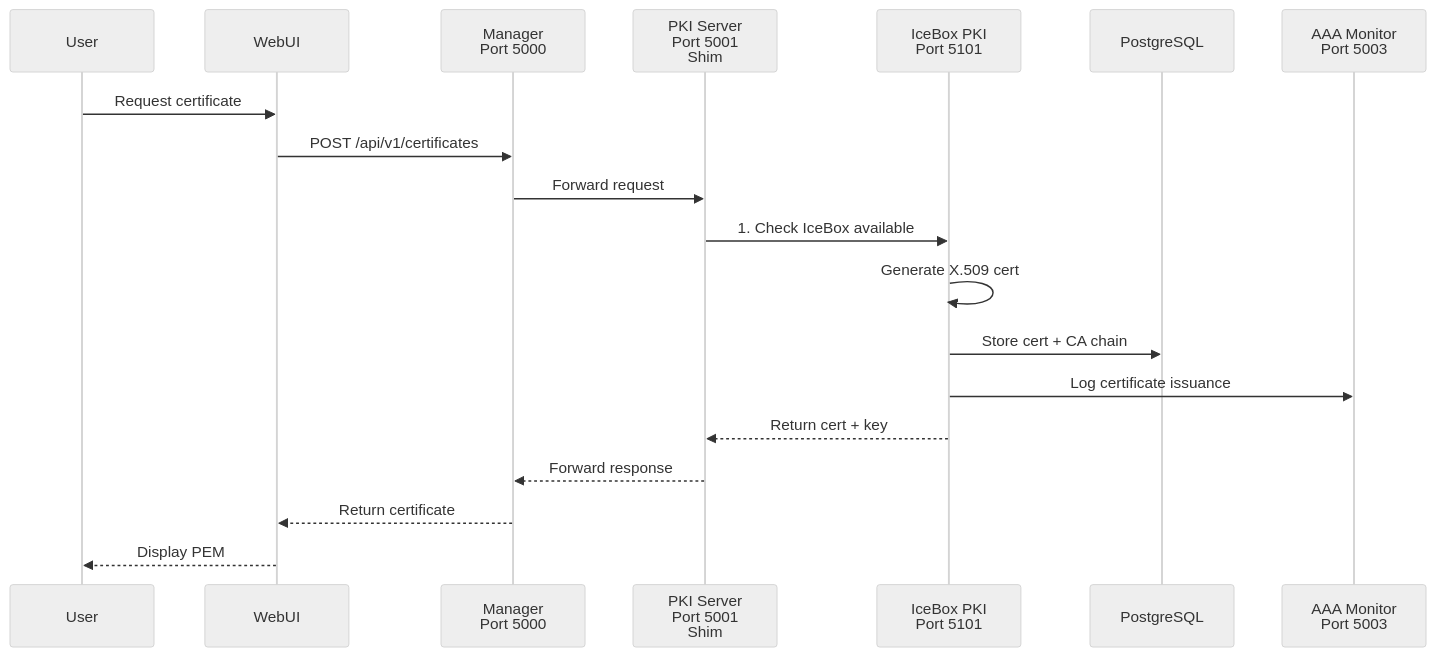
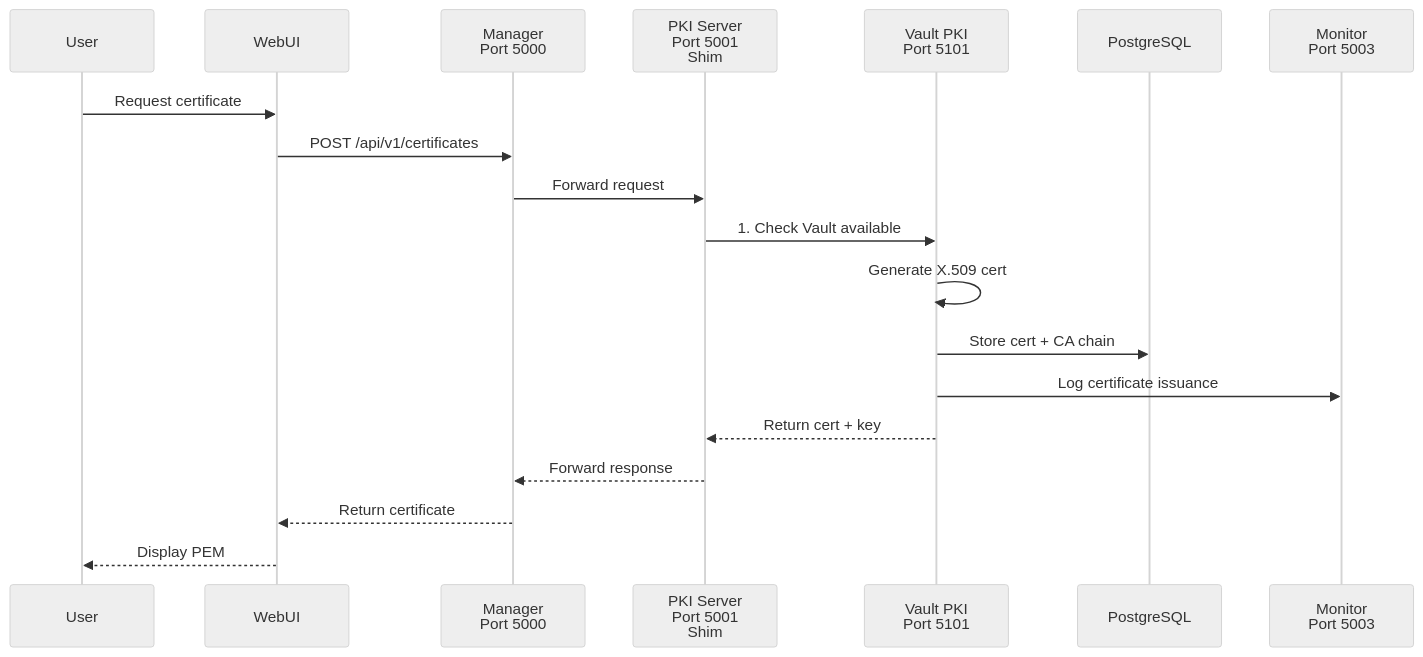
The third of 3 diagrams in docs/core/ARCHITECTURE.md (penguintechinc/skauswatch), drawn with Mermaid (neutral theme) before and after one commit. The commit also changed other lines of this file and 631 other files, not shown here.

````diff
--- a/docs/core/ARCHITECTURE.md
+++ b/docs/core/ARCHITECTURE.md
@@ -114,22 +114,22 @@
 ```mermaid
 sequenceDiagram
     participant User as User
     participant WebUI as WebUI
     participant Manager as Manager<br/>Port 5000
     participant PKIShim as PKI Server<br/>Port 5001<br/>Shim
-    participant IceBox as IceBox PKI<br/>Port 5101
+    participant Vault as Vault PKI<br/>Port 5101
     participant DB as PostgreSQL
-    participant Audit as AAA Monitor<br/>Port 5003
+    participant Audit as Monitor<br/>Port 5003
 
     User->>WebUI: Request certificate
     WebUI->>Manager: POST /api/v1/certificates
     Manager->>PKIShim: Forward request
-    PKIShim->>IceBox: 1. Check IceBox available
-    IceBox->>IceBox: Generate X.509 cert
-    IceBox->>DB: Store cert + CA chain
-    IceBox->>Audit: Log certificate issuance
-    IceBox-->>PKIShim: Return cert + key
+    PKIShim->>Vault: 1. Check Vault available
+    Vault->>Vault: Generate X.509 cert
+    Vault->>DB: Store cert + CA chain
+    Vault->>Audit: Log certificate issuance
+    Vault-->>PKIShim: Return cert + key
     PKIShim-->>Manager: Forward response
     Manager-->>WebUI: Return certificate
     WebUI-->>User: Display PEM
 ```
````
